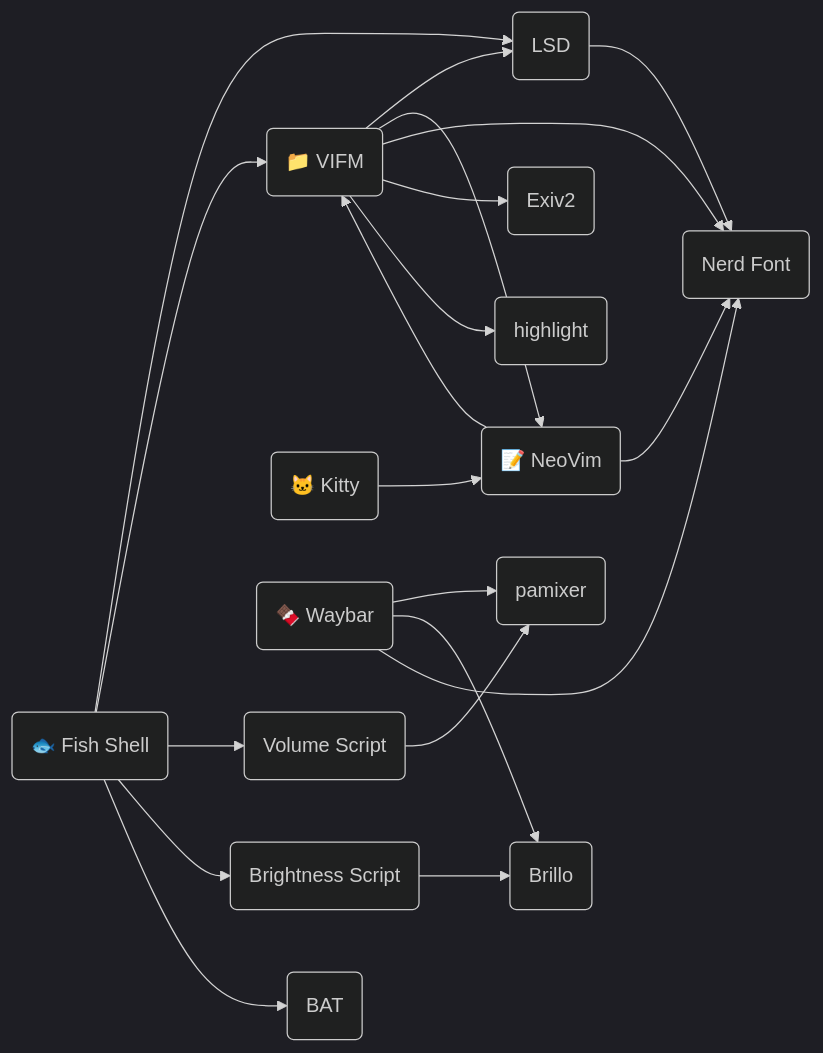
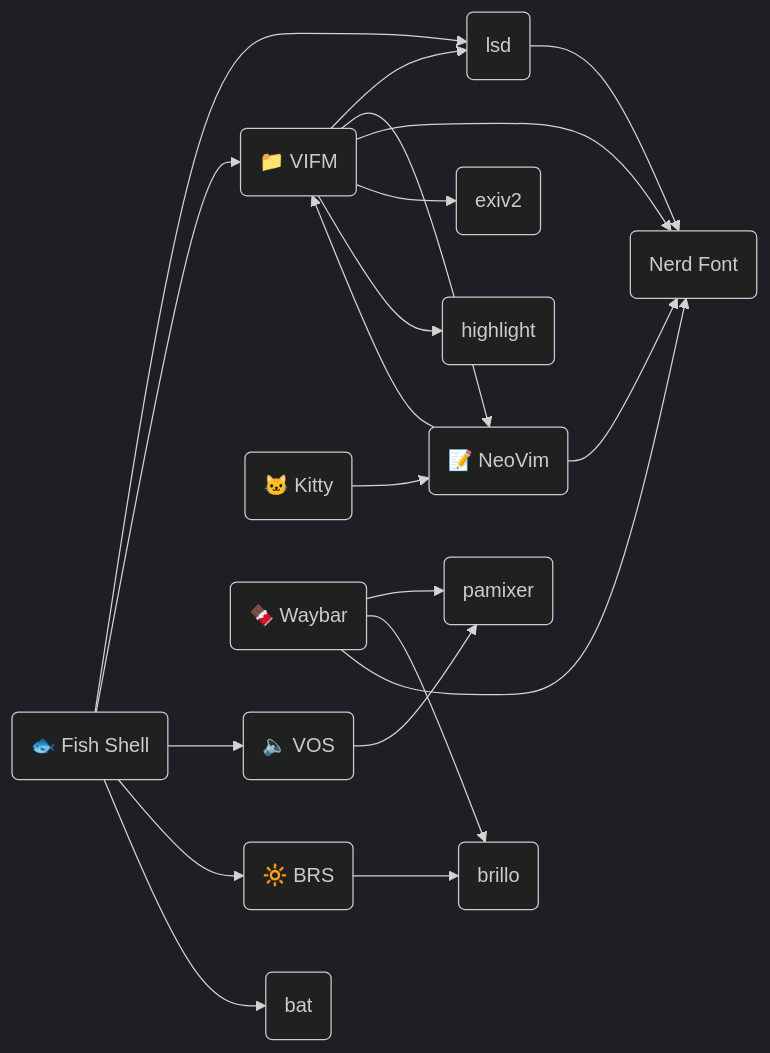
The diagram in README.md (MidHunterX/Hunter-OS), drawn with Mermaid (dark theme) before and after one commit.

Commit message:
📖 Chang: Lower Case Utilities

````diff
--- a/README.md
+++ b/README.md
@@ -267,37 +267,37 @@
 ```mermaid
 graph LR
 vifm(📁 VIFM)
-ls(LSD)
-cat(BAT)
-exif(Exiv2)
+ls(lsd)
+cat(bat)
+exif(exiv2)
 syntax(highlight)
 nvim(📝 NeoVim)
 term(🐱 Kitty)
 fish(🐟 Fish Shell)
 volume(pamixer)
-backlight(Brillo)
+backlight(brillo)
 waybar(🍫 Waybar)
 nf(Nerd Font)
-vos(Volume Script)
-brs(Brightness Script)
+vos(🔈 VOS)
+brs(🔆 BRS)
 
 vifm --> ls
 vifm --> nvim
 vifm --> nf
 vifm --> exif
 vifm --> syntax
 fish --> ls
 ls --> nf
 fish --> vifm
 fish --> vos
 fish --> brs
 fish --> cat
 nvim --> vifm
 nvim --> nf
 term --> nvim
 waybar --> volume
 waybar --> backlight
 waybar --> nf
 vos --> volume
 brs --> backlight
 ```
````
